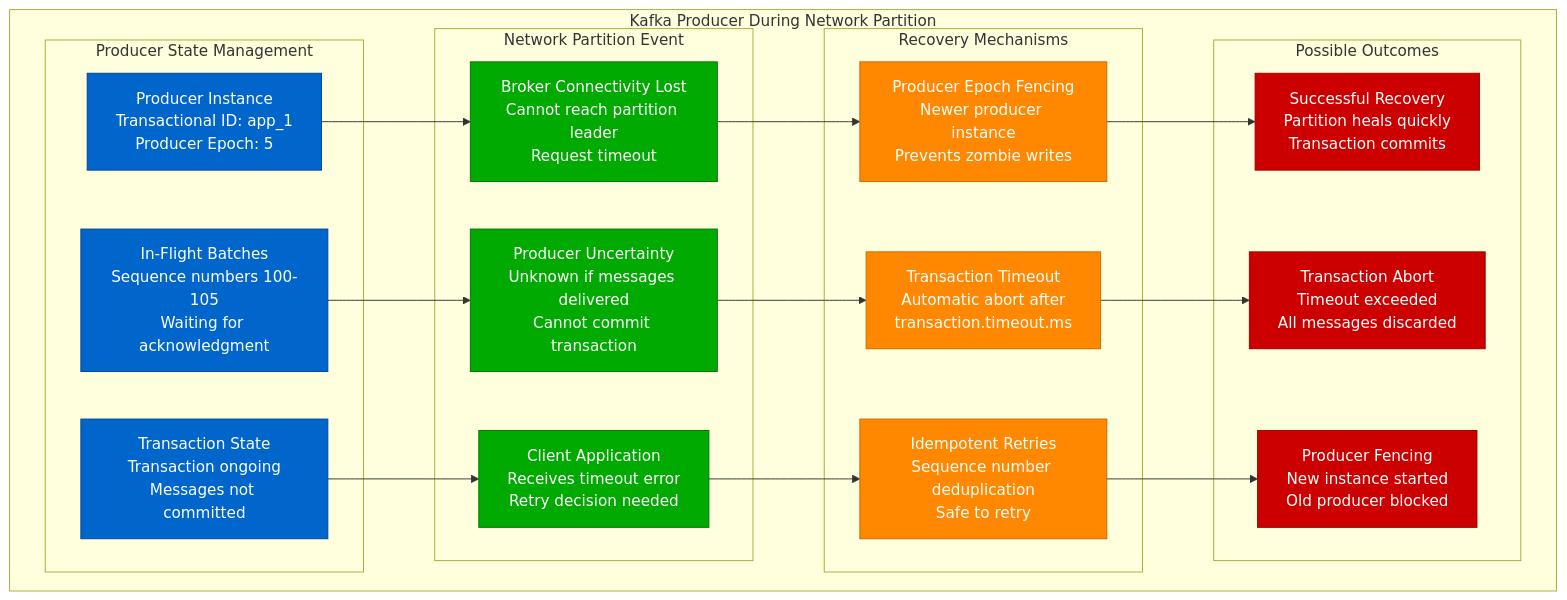
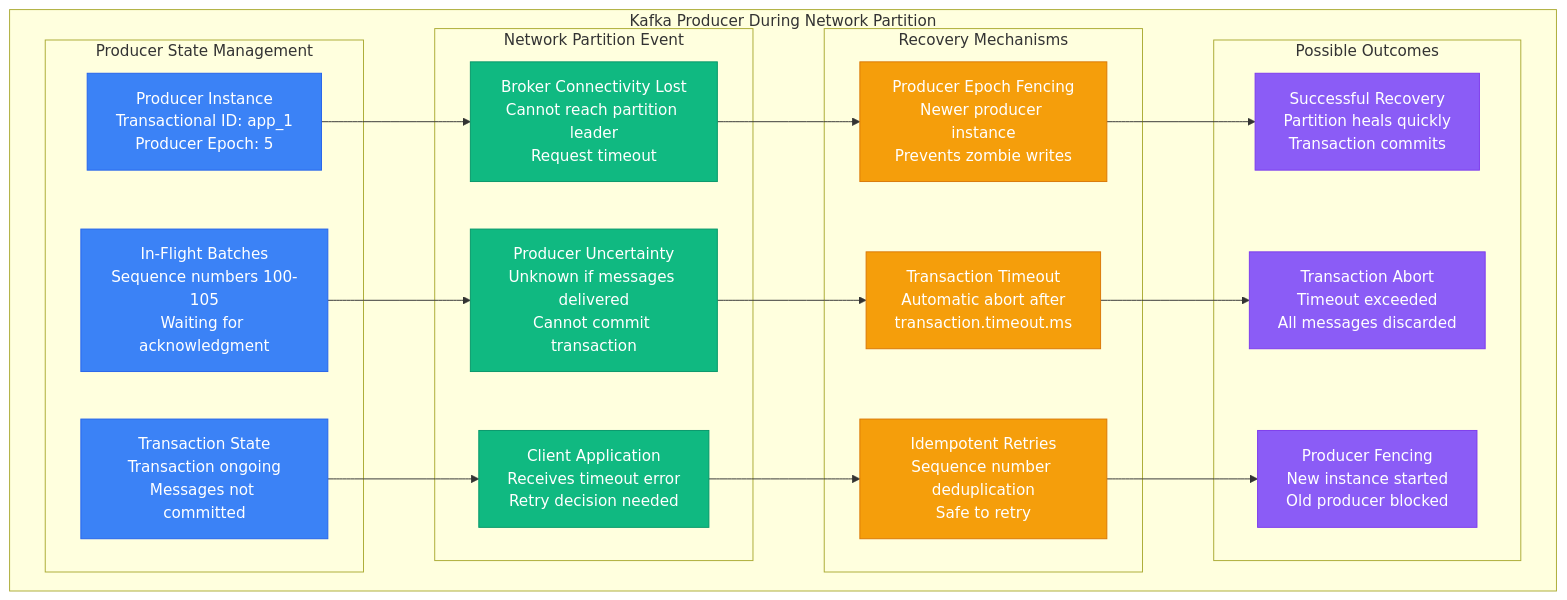
The third of 9 diagrams in site/docs/guarantees/exactly-once/exactly-once-failures.md (deepaucksharma/DS), drawn with Mermaid before and after one commit. The commit also changed other lines of this file and 303 other files, not shown here.

````diff
--- a/site/docs/guarantees/exactly-once/exactly-once-failures.md
+++ b/site/docs/guarantees/exactly-once/exactly-once-failures.md
@@ -113,50 +113,50 @@
 ```mermaid
 graph TB
     subgraph KafkaPartitionHandling[Kafka Producer During Network Partition]
         subgraph ProducerState[Producer State Management]
             PS1[Producer Instance<br/>Transactional ID: app_1<br/>Producer Epoch: 5]
             PS2[In-Flight Batches<br/>Sequence numbers 100-105<br/>Waiting for acknowledgment]
             PS3[Transaction State<br/>Transaction ongoing<br/>Messages not committed]
         end
 
         subgraph PartitionEvent[Network Partition Event]
             PE1[Broker Connectivity Lost<br/>Cannot reach partition leader<br/>Request timeout]
             PE2[Producer Uncertainty<br/>Unknown if messages delivered<br/>Cannot commit transaction]
             PE3[Client Application<br/>Receives timeout error<br/>Retry decision needed]
         end
 
         subgraph RecoveryMechanisms[Recovery Mechanisms]
             RM1[Producer Epoch Fencing<br/>Newer producer instance<br/>Prevents zombie writes]
             RM2[Transaction Timeout<br/>Automatic abort after<br/>transaction.timeout.ms]
             RM3[Idempotent Retries<br/>Sequence number deduplication<br/>Safe to retry]
         end
 
         subgraph OutcomeScenarios[Possible Outcomes]
             OS1[Successful Recovery<br/>Partition heals quickly<br/>Transaction commits]
             OS2[Transaction Abort<br/>Timeout exceeded<br/>All messages discarded]
             OS3[Producer Fencing<br/>New instance started<br/>Old producer blocked]
         end
     end
 
     PS1 --> PE1
     PS2 --> PE2
     PS3 --> PE3
 
     PE1 --> RM1
     PE2 --> RM2
     PE3 --> RM3
 
     RM1 --> OS1
     RM2 --> OS2
     RM3 --> OS3
 
-    classDef stateStyle fill:#0066CC,stroke:#004499,color:#fff
-    classDef partitionStyle fill:#00AA00,stroke:#007700,color:#fff
-    classDef recoveryStyle fill:#FF8800,stroke:#CC6600,color:#fff
-    classDef outcomeStyle fill:#CC0000,stroke:#990000,color:#fff
+    classDef stateStyle fill:#3B82F6,stroke:#2563EB,color:#fff
+    classDef partitionStyle fill:#10B981,stroke:#059669,color:#fff
+    classDef recoveryStyle fill:#F59E0B,stroke:#D97706,color:#fff
+    classDef outcomeStyle fill:#8B5CF6,stroke:#7C3AED,color:#fff
 
     class PS1,PS2,PS3 stateStyle
     class PE1,PE2,PE3 partitionStyle
     class RM1,RM2,RM3 recoveryStyle
     class OS1,OS2,OS3 outcomeStyle
 ```
````
